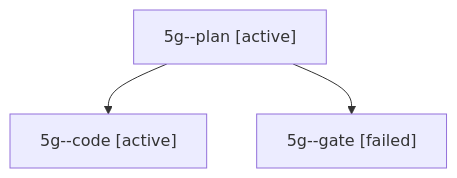
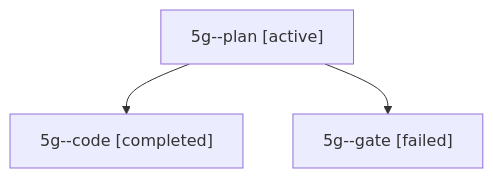
One commit to bobs-org/bob-cli--agents changed the diagram in sessions/bbugyi200.apollo.5g.md. Above: the diagram before and after it, drawn with Mermaid. The commit also changed other lines of this file and 29 other files, not shown here.

````diff
--- a/sessions/bbugyi200.apollo.5g.md
+++ b/sessions/bbugyi200.apollo.5g.md
@@ -9,8 +9,8 @@
 ```mermaid
 flowchart TD
   n0["5g--plan [active]"]
-  n1["5g--code [active]"]
+  n1["5g--code [completed]"]
   n0 --> n1
   n2["5g--gate [failed]"]
   n0 --> n2
 ```
````
